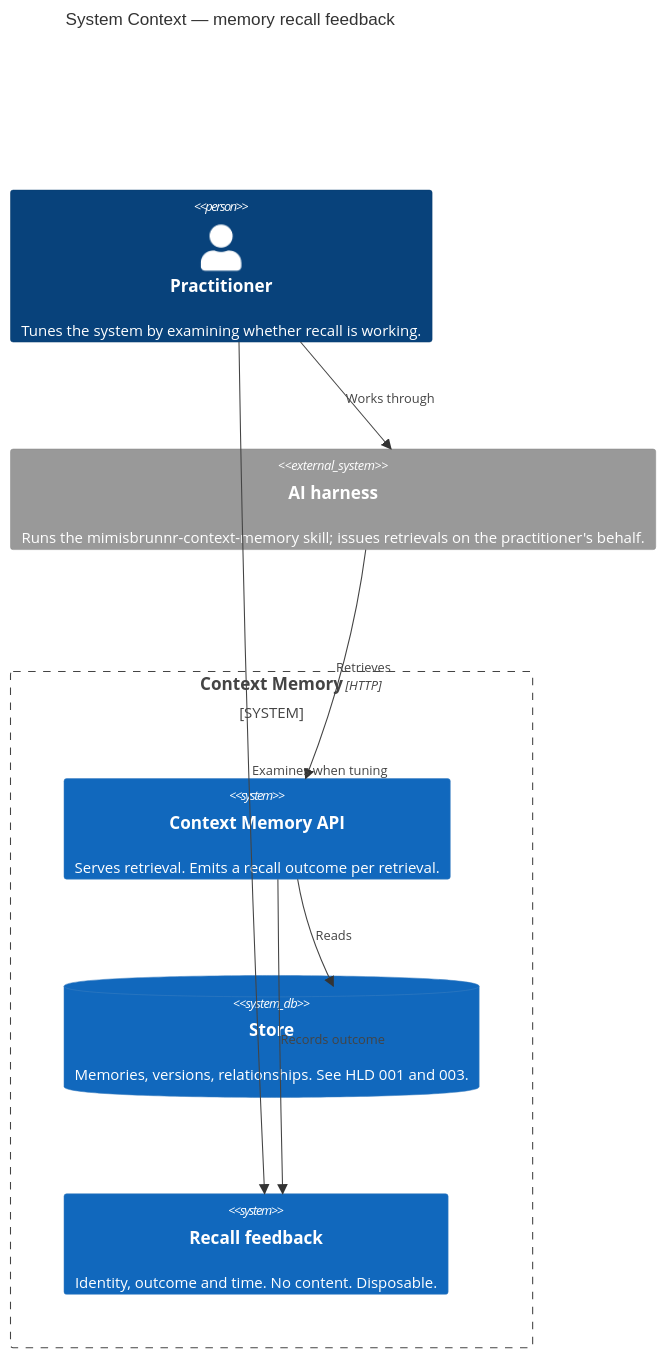
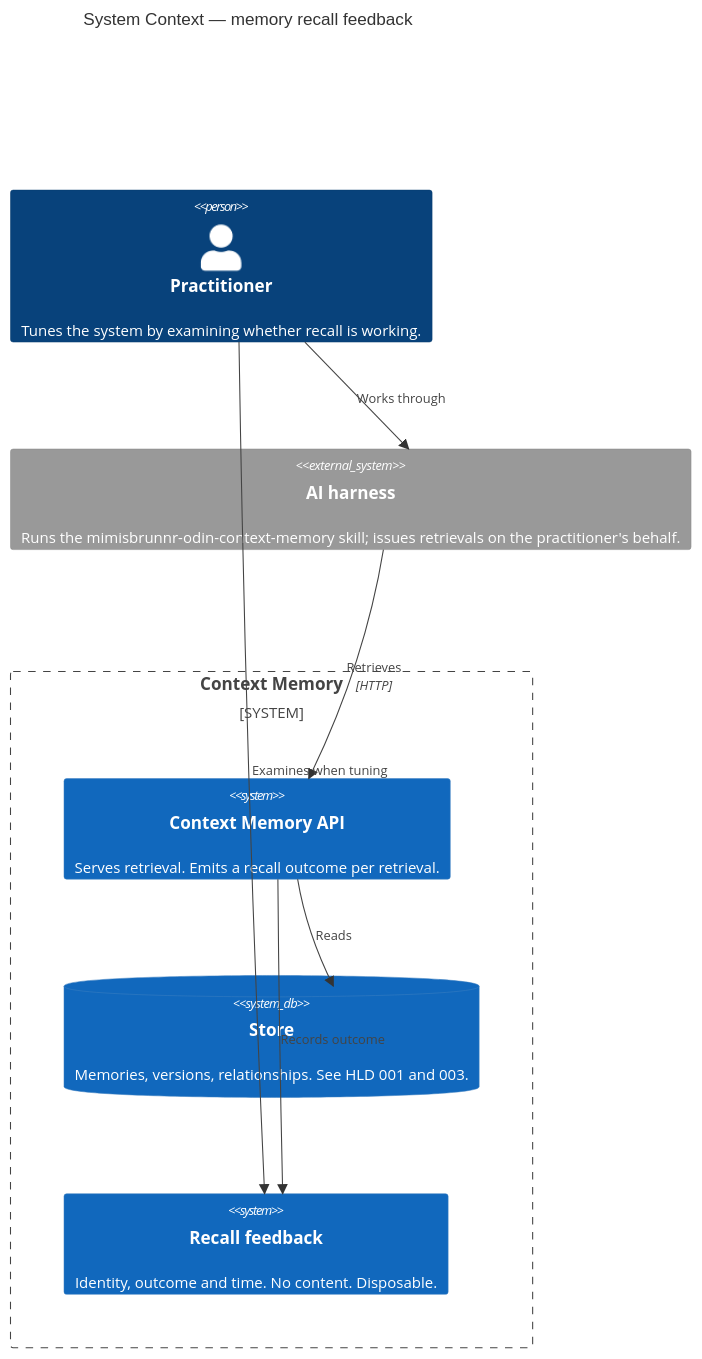
One commit to generic-automation-and-it/smooth-ai-product-context-memory changed the first of 2 diagrams in docs/hlds/004-memory-recall-feedback/diagrams/c4-context.md. Above: the diagram before and after it, drawn with Mermaid. The commit also changed 119 other files, not shown here.

````diff
--- a/docs/hlds/004-memory-recall-feedback/diagrams/c4-context.md
+++ b/docs/hlds/004-memory-recall-feedback/diagrams/c4-context.md
@@ -20,22 +20,22 @@
 ```mermaid
 C4Context
     title System Context — memory recall feedback
 
     Person(dev, "Practitioner", "Tunes the system by examining whether recall is working.")
 
     System_Boundary(cm, "Context Memory") {
         System(api, "Context Memory API", "Serves retrieval. Emits a recall outcome per retrieval.")
         SystemDb(store, "Store", "Memories, versions, relationships. See HLD 001 and 003.")
         System(fb, "Recall feedback", "Identity, outcome and time. No content. Disposable.")
     }
 
-    System_Ext(agent, "AI harness", "Runs the mimisbrunnr-context-memory skill; issues retrievals on the practitioner's behalf.")
+    System_Ext(agent, "AI harness", "Runs the mimisbrunnr-odin-context-memory skill; issues retrievals on the practitioner's behalf.")
 
     Rel(dev, agent, "Works through")
     Rel(agent, api, "Retrieves", "HTTP")
     Rel(api, store, "Reads")
     Rel(api, fb, "Records outcome")
     Rel(dev, fb, "Examines when tuning")
 
     UpdateLayoutConfig($c4ShapeInRow="2", $c4BoundaryInRow="1")
 ```
````
